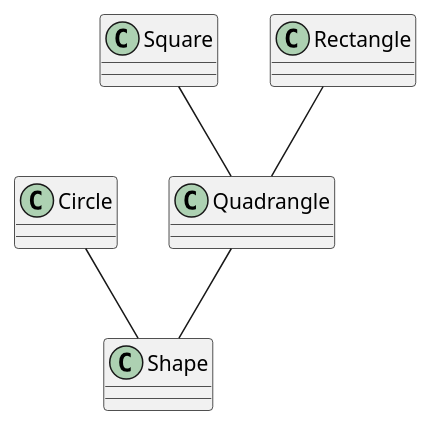
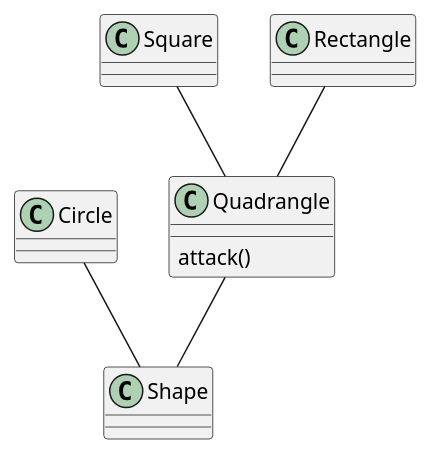
Before and after one commit to billymontolalu/thesis: the diagram in src/parkiran/scase2.puml, drawn with PlantUML. The commit also changed 13 other files, not shown here.

```diff
--- a/src/parkiran/scase2.puml
+++ b/src/parkiran/scase2.puml
@@ -1,6 +1,7 @@
 @startuml
 Circle -- Shape
+Quadrangle : attack()
 Quadrangle -- Shape
 Square -- Quadrangle
 Rectangle -- Quadrangle
 @enduml
```
